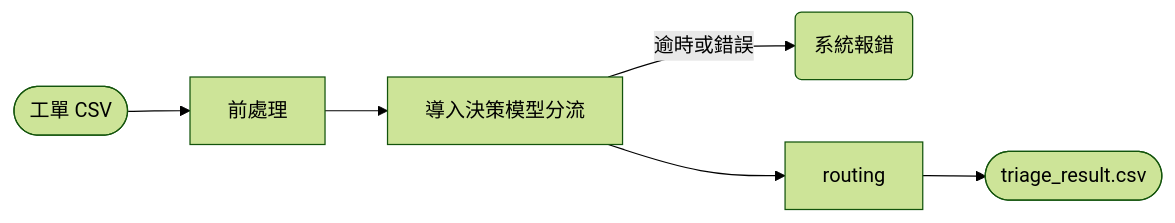
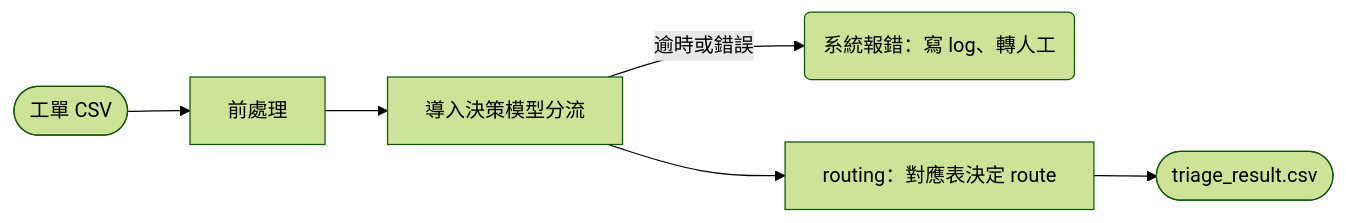
One commit to tarohuang1999-droid/ai-customer-service-assessment changed the diagram in poc/README.md. Above: the diagram before and after it, drawn with Mermaid (forest theme). The commit also changed other lines of this file, not shown here.

First line of the commit message:
docs(poc): remove priority from README; annotate author flowchart

````diff
--- a/poc/README.md
+++ b/poc/README.md
@@ -69,8 +69,8 @@
 ```mermaid
 flowchart LR
     In([工單 CSV]) --> Pre[前處理]
     Pre --> M[導入決策模型分流]
-    M -->|逾時或錯誤| Fail(系統報錯)
-    M --> Map[routing]
+    M -->|逾時或錯誤| Fail(系統報錯：寫 log、轉人工)
+    M --> Map[routing：對應表決定 route]
     Map --> Out([triage_result.csv])
 ```
````
